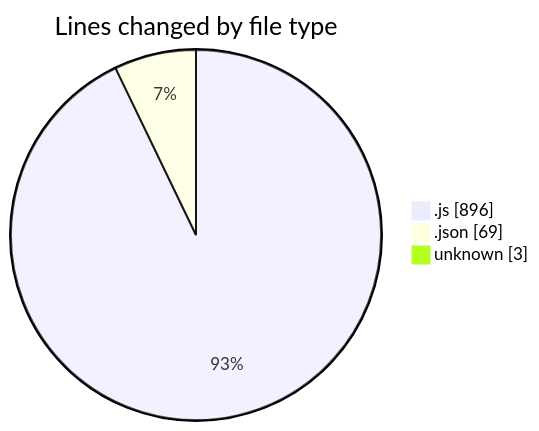
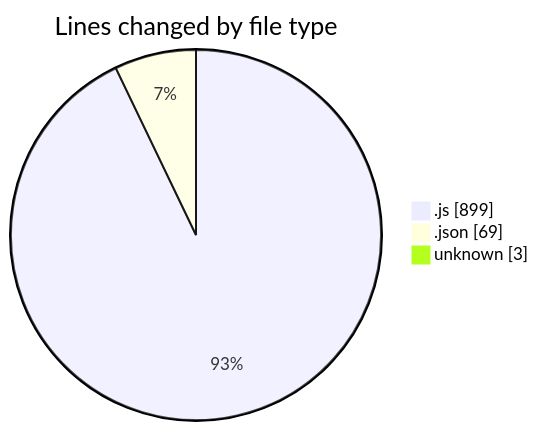
The first of 2 diagrams in 2025-07-02/mern-thinkboard/README.md (Ritupan-Deka/code-tracking), drawn with Mermaid before and after one commit. The commit also changed other lines of this file and 1 other file, not shown here.

````diff
--- a/2025-07-02/mern-thinkboard/README.md
+++ b/2025-07-02/mern-thinkboard/README.md
@@ -32,7 +32,7 @@
 ```mermaid
 pie showData
 title Lines changed by file type
-".js" : 896
+".js" : 899
 ".json" : 69
 "unknown" : 3
 ```
````
